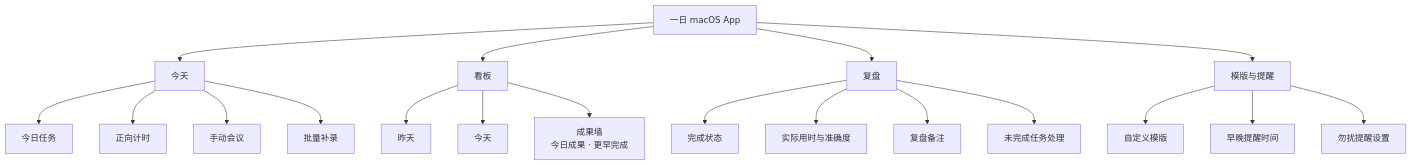
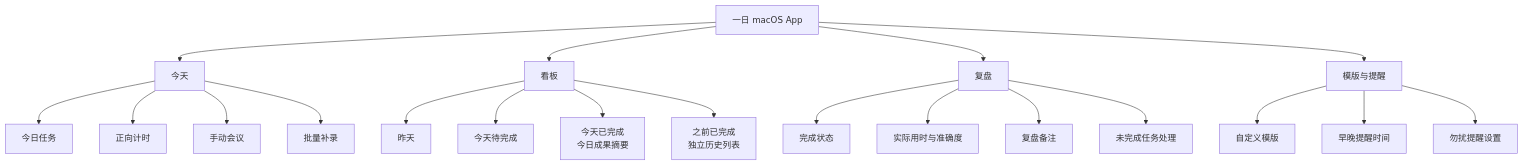
The second of 6 diagrams in PRODUCT_SPEC.md (caoaolei/One-Day), drawn with Mermaid before and after one commit. The commit also changed other lines of this file and 7 other files, not shown here.

````diff
--- a/PRODUCT_SPEC.md
+++ b/PRODUCT_SPEC.md
@@ -85,25 +85,26 @@
 ```mermaid
 flowchart TB
     App["一日 macOS App"] --> Today["今天"]
     App --> Board["看板"]
     App --> Review["复盘"]
     App --> Templates["模版与提醒"]
 
     Today --> T1["今日任务"]
     Today --> T2["正向计时"]
     Today --> T3["手动会议"]
     Today --> T4["批量补录"]
 
     Board --> B1["昨天"]
-    Board --> B2["今天"]
-    Board --> B3["成果墙<br/>今日成果 · 更早完成"]
+    Board --> B2["今天待完成"]
+    Board --> B3["今天已完成<br/>今日成果摘要"]
+    Board --> B4["之前已完成<br/>独立历史列表"]
 
     Review --> R1["完成状态"]
     Review --> R2["实际用时与准确度"]
     Review --> R3["复盘备注"]
     Review --> R4["未完成任务处理"]
 
     Templates --> M1["自定义模版"]
     Templates --> M2["早晚提醒时间"]
     Templates --> M3["勿扰提醒设置"]
 ```
````
